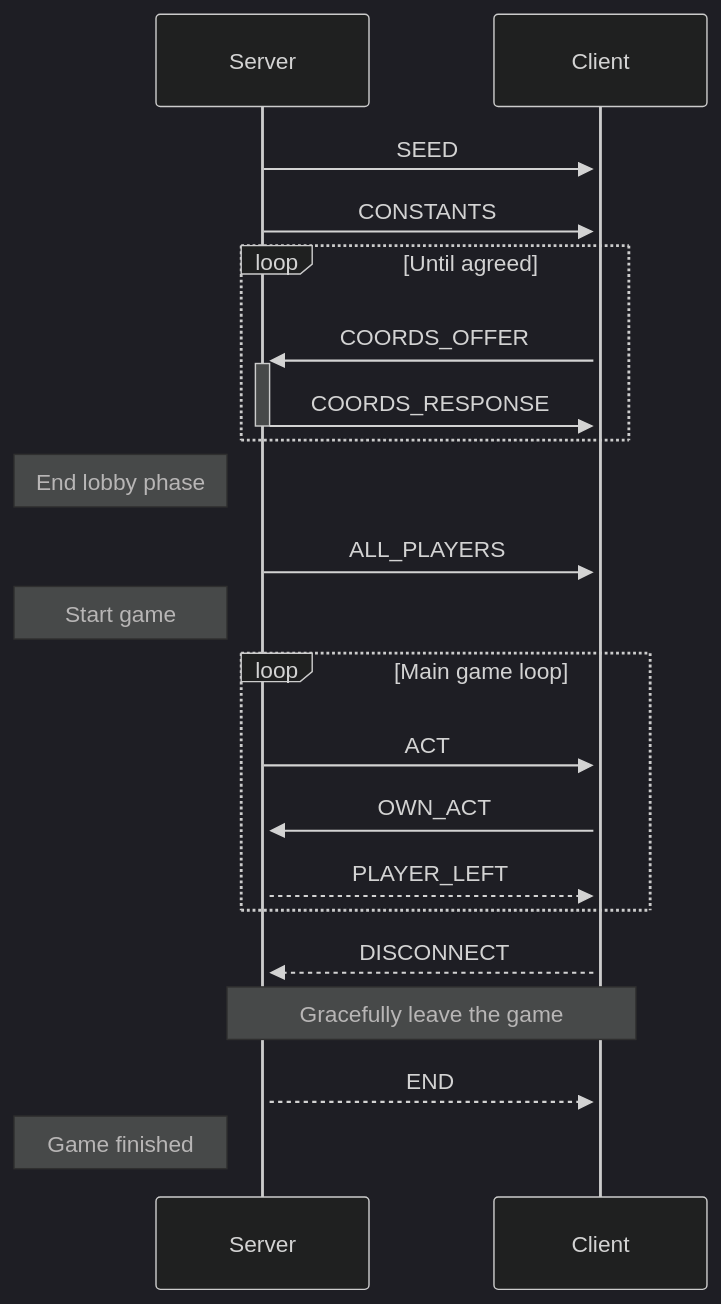
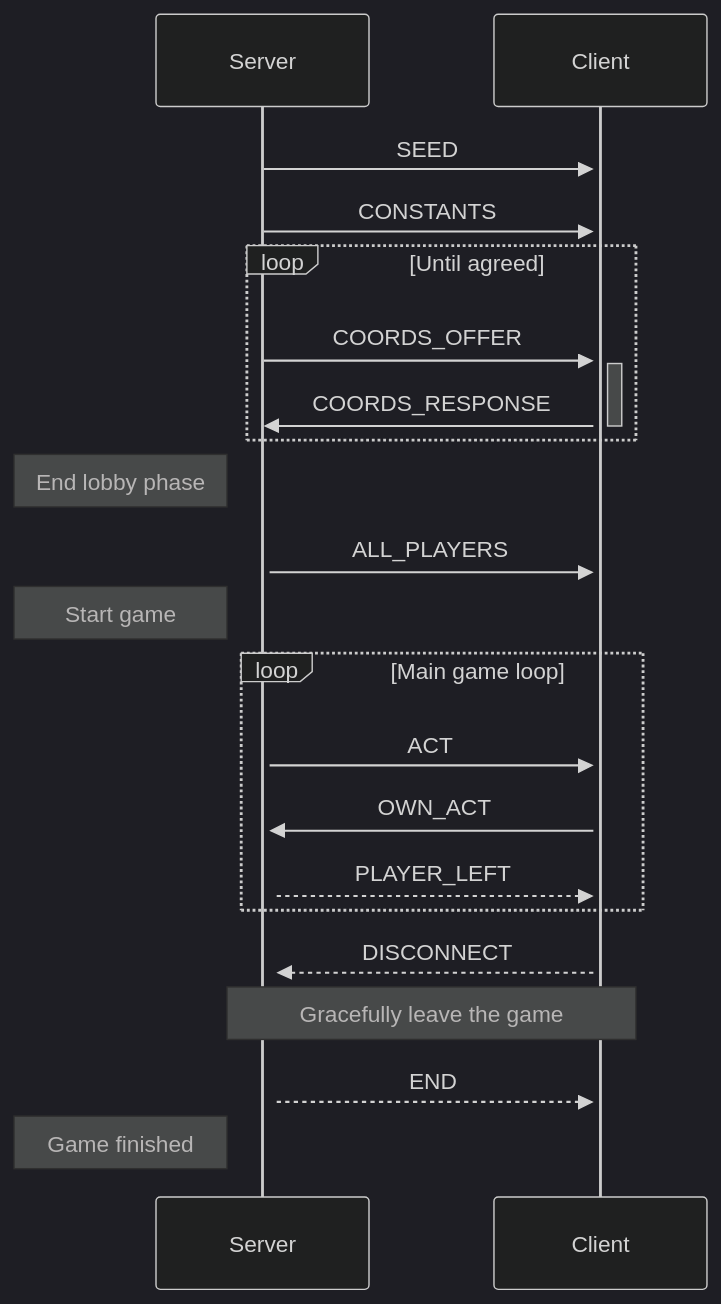
Before and after one commit to Lioydiano/TCPInavjaga: the diagram in ideas.md, drawn with Mermaid. The commit also changed 5 other files, not shown here.

````diff
--- a/ideas.md
+++ b/ideas.md
@@ -21,29 +21,29 @@
 ```mermaid
 ---
 config:
   theme: dark
 ---
 sequenceDiagram
     Server->>+Client: SEED
     Server->>+Client: CONSTANTS
     loop Until agreed
-        Client->>+Server: COORDS_OFFER
-        Server->>-Client: COORDS_RESPONSE
+        Server->>+Client: COORDS_OFFER
+        Client->>-Server: COORDS_RESPONSE
     end
-    activate Client
+    activate Server
 
     Note left of Server: End lobby phase
     Server->>+Client: ALL_PLAYERS
     Note left of Server: Start game
     
     loop Main game loop
         Server->>+Client: ACT
         Client->>+Server: OWN_ACT
         Server-->>+Client: PLAYER_LEFT
     end
 
     Client-->>Server: DISCONNECT
     Note over Client,Server: Gracefully leave the game
     Server-->>Client: END
     Note left of Server: Game finished
 ```
````
